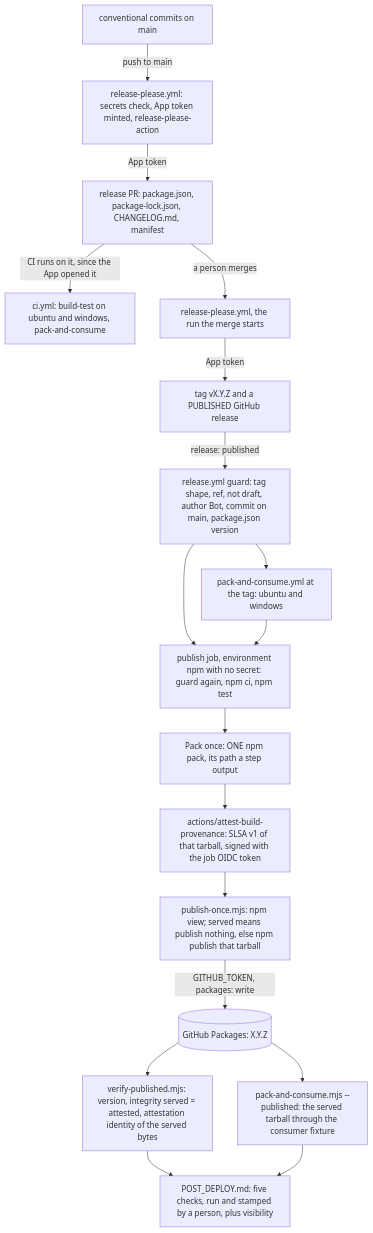
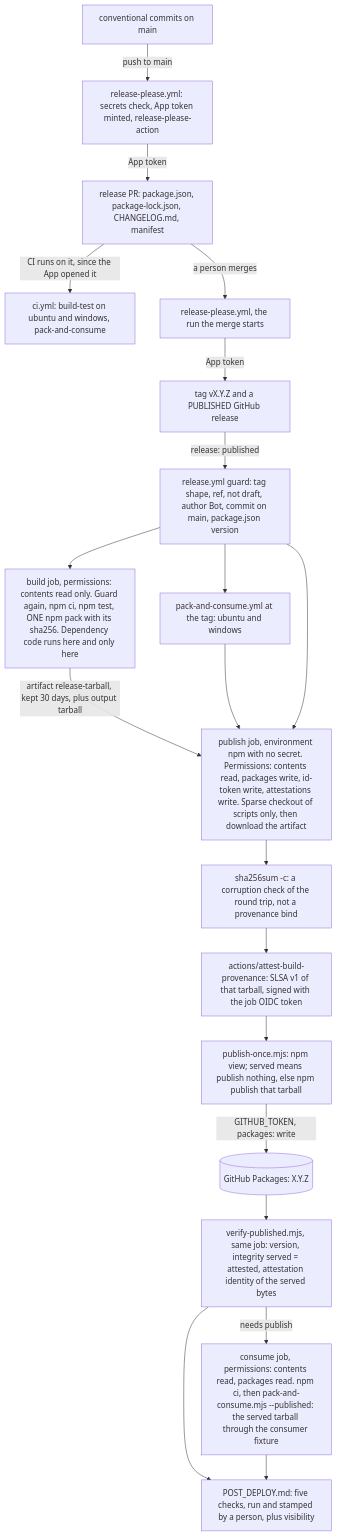
Before and after one commit to oleksandrdubyna88/dew_flow_vscode_kit: the fifth of 5 diagrams in research/architecture.md, drawn with Mermaid. The commit also changed other lines of this file and 12 other files, not shown here.

First line of the commit message:
ci: split the release publish job so no dependency code runs beside the publish credentials (#15)

````diff
--- a/research/architecture.md
+++ b/research/architecture.md
@@ -341,20 +341,22 @@
 ```mermaid
 flowchart TB
   commits["conventional commits on main"] -->|"push to main"| rp["release-please.yml: secrets check, App token minted, release-please-action"]
   rp -->|"App token"| pr["release PR: package.json, package-lock.json, CHANGELOG.md, manifest"]
   pr -->|"CI runs on it, since the App opened it"| ci["ci.yml: build-test on ubuntu and windows, pack-and-consume"]
   pr -->|"a person merges"| rp2["release-please.yml, the run the merge starts"]
   rp2 -->|"App token"| rel["tag vX.Y.Z and a PUBLISHED GitHub release"]
   rel -->|"release: published"| guard["release.yml guard: tag shape, ref, not draft, author Bot, commit on main, package.json version"]
   guard --> pac["pack-and-consume.yml at the tag: ubuntu and windows"]
-  guard --> pub
-  pac --> pub["publish job, environment npm with no secret: guard again, npm ci, npm test"]
-  pub --> pack["Pack once: ONE npm pack, its path a step output"]
-  pack --> att["actions/attest-build-provenance: SLSA v1 of that tarball, signed with the job OIDC token"]
+  guard --> build["build job, permissions: contents read only. Guard again, npm ci, npm test, ONE npm pack with its sha256. Dependency code runs here and only here"]
+  build -->|"artifact release-tarball, kept 30 days, plus output tarball"| dl["publish job, environment npm with no secret. Permissions: contents read, packages write, id-token write, attestations write. Sparse checkout of scripts only, then download the artifact"]
+  pac --> dl
+  guard --> dl
+  dl --> chk["sha256sum -c: a corruption check of the round trip, not a provenance bind"]
+  chk --> att["actions/attest-build-provenance: SLSA v1 of that tarball, signed with the job OIDC token"]
   att --> once["publish-once.mjs: npm view; served means publish nothing, else npm publish that tarball"]
   once -->|"GITHUB_TOKEN, packages: write"| reg[("GitHub Packages: X.Y.Z")]
-  reg --> verify["verify-published.mjs: version, integrity served = attested, attestation identity of the served bytes"]
-  reg --> fixture["pack-and-consume.mjs --published: the served tarball through the consumer fixture"]
+  reg --> verify["verify-published.mjs, same job: version, integrity served = attested, attestation identity of the served bytes"]
+  verify -->|"needs publish"| fixture["consume job, permissions: contents read, packages read. npm ci, then pack-and-consume.mjs --published: the served tarball through the consumer fixture"]
   verify --> pd["POST_DEPLOY.md: five checks, run and stamped by a person, plus visibility"]
   fixture --> pd
 ```
````
